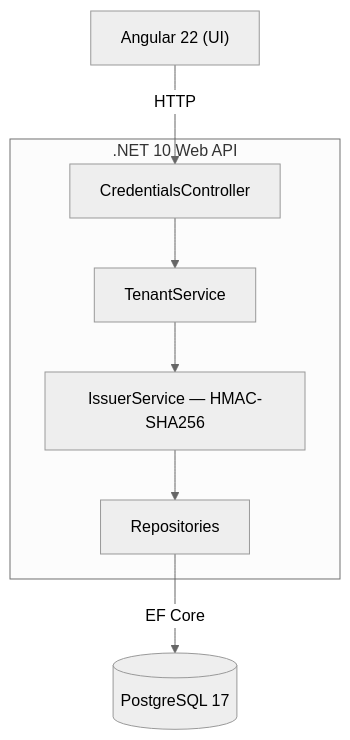
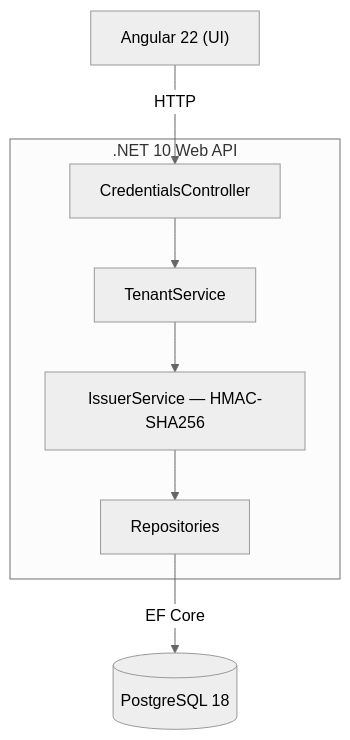
One commit to mwlk/club-cordoba-wallet changed the diagram in README.md. Above: the diagram before and after it, drawn with Mermaid (neutral theme). The commit also changed other lines of this file and 26 other files, not shown here.

````diff
--- a/README.md
+++ b/README.md
@@ -7,10 +7,10 @@
 ```mermaid
 flowchart TB
     UI["Angular 22 (UI)"] -->|HTTP| CTRL
     subgraph API[".NET 10 Web API"]
         CTRL["CredentialsController"] --> TENANT["TenantService"]
         TENANT --> ISSUER["IssuerService — HMAC-SHA256"]
         ISSUER --> REPO["Repositories"]
     end
-    REPO -->|EF Core| DB[("PostgreSQL 17")]
+    REPO -->|EF Core| DB[("PostgreSQL 18")]
 ```
````
